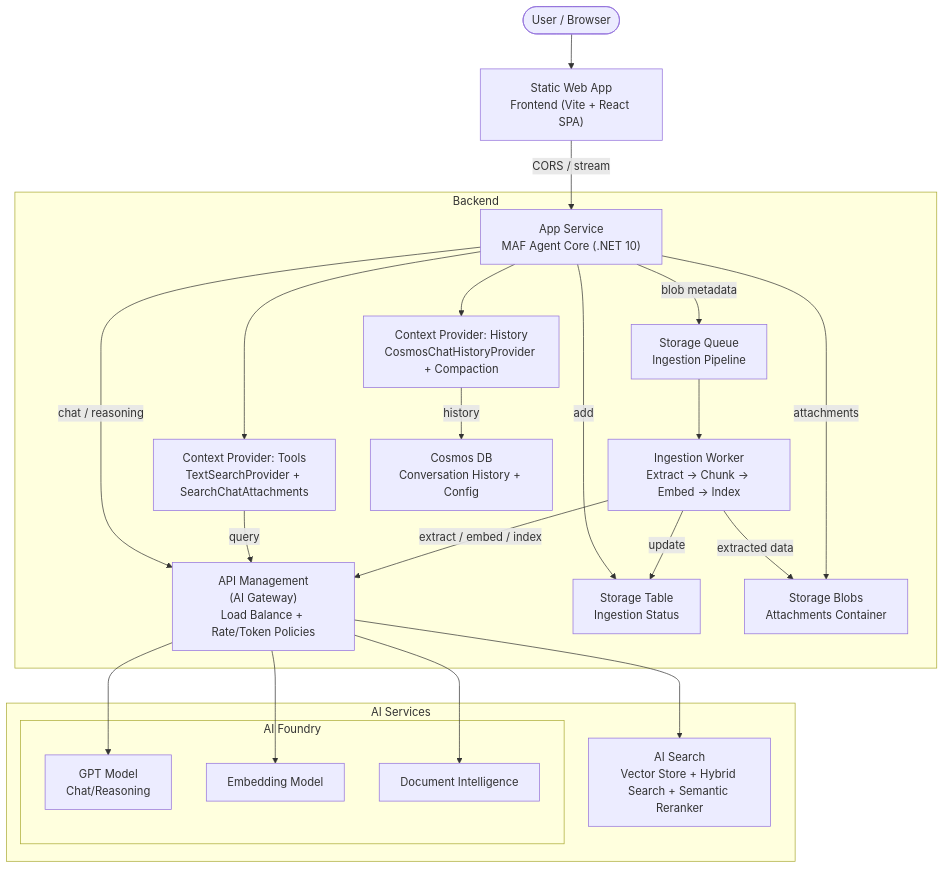
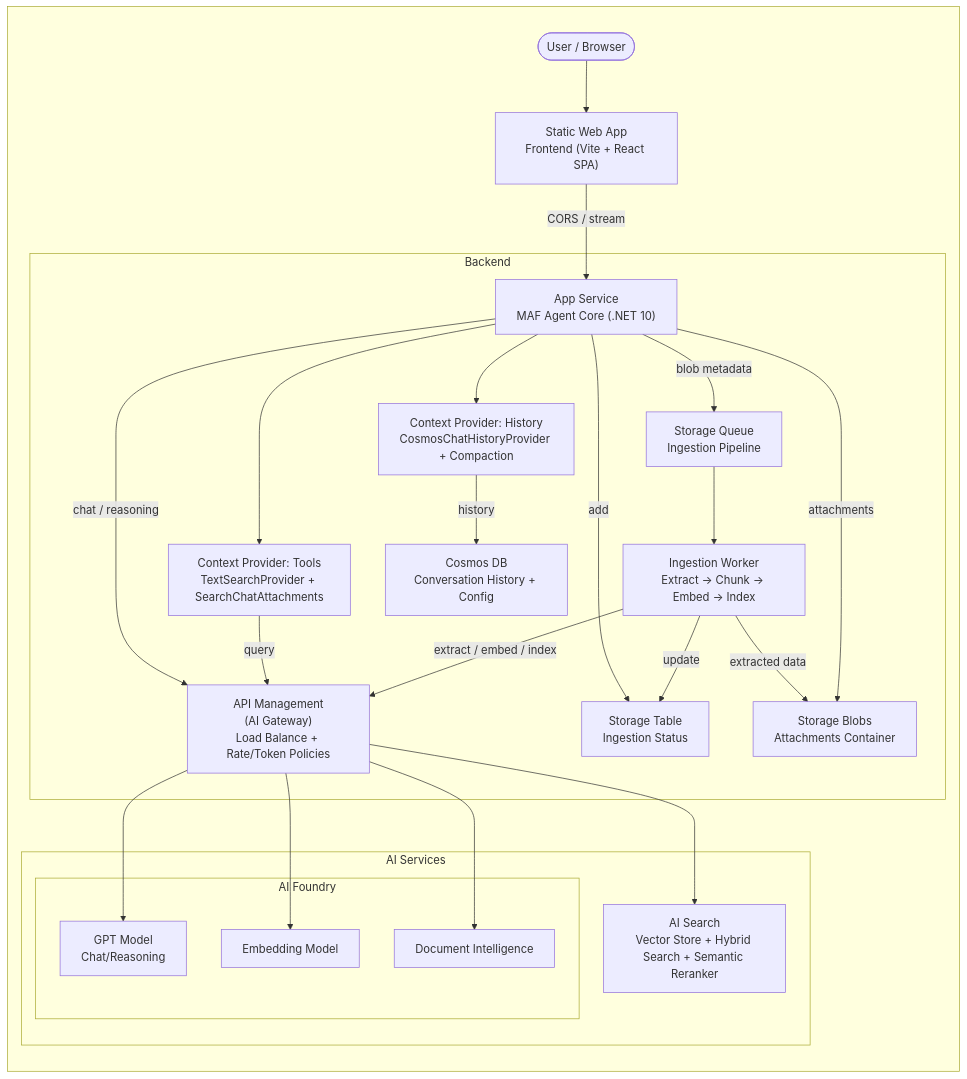
Before and after one commit to ffilardi/maf-ai-agent: the diagram in doc/diagrams/architecture.mermaid, drawn with Mermaid. The commit also changed 1 other file, not shown here.

Commit message:
Update mermaid diagram

```diff
--- a/doc/diagrams/architecture.mermaid
+++ b/doc/diagrams/architecture.mermaid
@@ -1,47 +1,53 @@
 flowchart TB
-    User([User / Browser])
-    SWA["Static Web App<br/>Frontend (Vite + React SPA)"]
 
-    subgraph AI["AI Services"]
-        Search["AI Search<br/>Vector Store + Hybrid Search + Semantic Reranker"]
-        subgraph Foundry["AI Foundry"]
-            GPT["GPT Model<br/>Chat/Reasoning"]
-            Embed["Embedding Model"]
-            DocIntel["Document Intelligence"]
+    subgraph Overview[" "]
+    direction TB
+
+        User([User / Browser])
+        SWA["Static Web App<br/>Frontend (Vite + React SPA)"]
+
+        subgraph AI["AI Services"]
+            Search["AI Search<br/>Vector Store + Hybrid Search + Semantic Reranker"]
+            subgraph Foundry["AI Foundry"]
+                GPT["GPT Model<br/>Chat/Reasoning"]
+                Embed["Embedding Model"]
+                DocIntel["Document Intelligence"]
+            end
         end
+
+        subgraph Backend["Backend"]
+            Agent["App Service<br/>MAF Agent Core (.NET 10)"]
+            ToolsProvider["Context Provider: Tools<br/>TextSearchProvider + SearchChatAttachments"]
+            Queue["Storage Queue<br/>Ingestion Pipeline"]
+            Ingestion["Ingestion Worker<br/>Extract → Chunk → Embed → Index"]
+            HistoryProvider["Context Provider: History<br/>CosmosChatHistoryProvider + Compaction"]
+            APIM["API Management<br/>(AI Gateway)<br/>Load Balance + Rate/Token Policies"]
+            Table["Storage Table<br/>Ingestion Status"]
+            Cosmos["Cosmos DB<br/>Conversation History + Config"]
+            Blobs["Storage Blobs<br/>Attachments Container"]
+        end
+
+        User --> SWA
+        SWA -- "CORS / stream" --> Agent
+
+        Agent --> ToolsProvider
+        Agent -- "blob metadata" --> Queue
+        Queue --> Ingestion
+        Agent --> HistoryProvider
+
+        Agent -- "chat / reasoning" --> APIM
+        ToolsProvider -- "query" --> APIM
+        Ingestion -- "extract / embed / index" --> APIM
+        Agent -- "add" --> Table
+
+        Ingestion -- "extracted data" --> Blobs
+        Agent -- "attachments" --> Blobs
+        Ingestion -- "update" --> Table
+        HistoryProvider -- "history" --> Cosmos
+
+        APIM --> GPT
+        APIM --> Embed
+        APIM --> DocIntel
+        APIM --> Search
+
     end
-
-    subgraph Backend["Backend"]
-        Agent["App Service<br/>MAF Agent Core (.NET 10)"]
-        ToolsProvider["Context Provider: Tools<br/>TextSearchProvider + SearchChatAttachments"]
-        Queue["Storage Queue<br/>Ingestion Pipeline"]
-        Ingestion["Ingestion Worker<br/>Extract → Chunk → Embed → Index"]
-        HistoryProvider["Context Provider: History<br/>CosmosChatHistoryProvider + Compaction"]
-        APIM["API Management<br/>(AI Gateway)<br/>Load Balance + Rate/Token Policies"]
-        Table["Storage Table<br/>Ingestion Status"]
-        Cosmos["Cosmos DB<br/>Conversation History + Config"]
-        Blobs["Storage Blobs<br/>Attachments Container"]
-    end
-
-    User --> SWA
-    SWA -- "CORS / stream" --> Agent
-
-    Agent --> ToolsProvider
-    Agent -- "blob metadata" --> Queue
-    Queue --> Ingestion
-    Agent --> HistoryProvider
-
-    Agent -- "chat / reasoning" --> APIM
-    ToolsProvider -- "query" --> APIM
-    Ingestion -- "extract / embed / index" --> APIM
-
-    Ingestion -- "extracted data" --> Blobs
-    Agent -- "attachments" --> Blobs
-    Agent -- "add" --> Table
-    Ingestion -- "update" --> Table
-    HistoryProvider -- "history" --> Cosmos
-
-    APIM --> GPT
-    APIM --> Embed
-    APIM --> DocIntel
-    APIM --> Search
```
